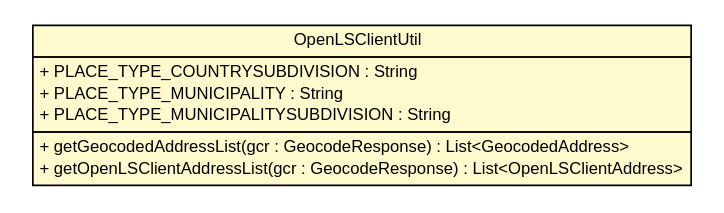
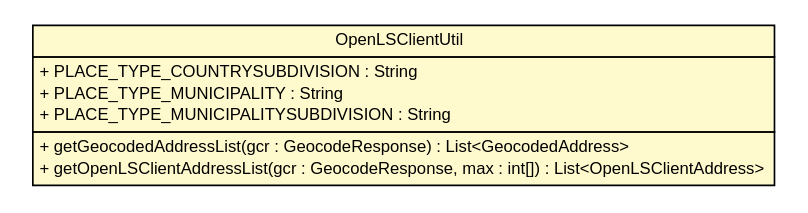
The diagram in apidocs/nl/mineleni/cbsviewer/servlet/gazetteer/lusclient/OpenLSClientUtil.dot (MinELenI/CBSviewer), drawn with Graphviz before and after one commit. The commit also changed 333 other files, not shown here.

```diff
--- a/apidocs/nl/mineleni/cbsviewer/servlet/gazetteer/lusclient/OpenLSClientUtil.dot
+++ b/apidocs/nl/mineleni/cbsviewer/servlet/gazetteer/lusclient/OpenLSClientUtil.dot
@@ -1,27 +1,27 @@
 #!/usr/local/bin/dot
 #
 # Class diagram 
 # Generated by UMLGraph version R5_6 (http://www.umlgraph.org/)
 #
 
 digraph G {
 	edge [fontname="arial",fontsize=10,labelfontname="arial",labelfontsize=10];
 	node [fontname="arial",fontsize=10,shape=plaintext];
 	nodesep=0.25;
 	ranksep=0.5;
 	// nl.mineleni.cbsviewer.servlet.gazetteer.lusclient.OpenLSClientUtil
 	c1746 [label=<<table title="nl.mineleni.cbsviewer.servlet.gazetteer.lusclient.OpenLSClientUtil" border="0" cellborder="1" cellspacing="0" cellpadding="2" port="p" bgcolor="lemonChiffon" href="./OpenLSClientUtil.html">
 		<tr><td><table border="0" cellspacing="0" cellpadding="1">
 <tr><td align="center" balign="center"> OpenLSClientUtil </td></tr>
 		</table></td></tr>
 		<tr><td><table border="0" cellspacing="0" cellpadding="1">
 <tr><td align="left" balign="left"> + PLACE_TYPE_COUNTRYSUBDIVISION : String </td></tr>
 <tr><td align="left" balign="left"> + PLACE_TYPE_MUNICIPALITY : String </td></tr>
 <tr><td align="left" balign="left"> + PLACE_TYPE_MUNICIPALITYSUBDIVISION : String </td></tr>
 		</table></td></tr>
 		<tr><td><table border="0" cellspacing="0" cellpadding="1">
 <tr><td align="left" balign="left"> + getGeocodedAddressList(gcr : GeocodeResponse) : List&lt;GeocodedAddress&gt; </td></tr>
-<tr><td align="left" balign="left"> + getOpenLSClientAddressList(gcr : GeocodeResponse) : List&lt;OpenLSClientAddress&gt; </td></tr>
+<tr><td align="left" balign="left"> + getOpenLSClientAddressList(gcr : GeocodeResponse, max : int[]) : List&lt;OpenLSClientAddress&gt; </td></tr>
 		</table></td></tr>
 		</table>>, URL="./OpenLSClientUtil.html", fontname="arial", fontcolor="black", fontsize=10.0];
 }
```
